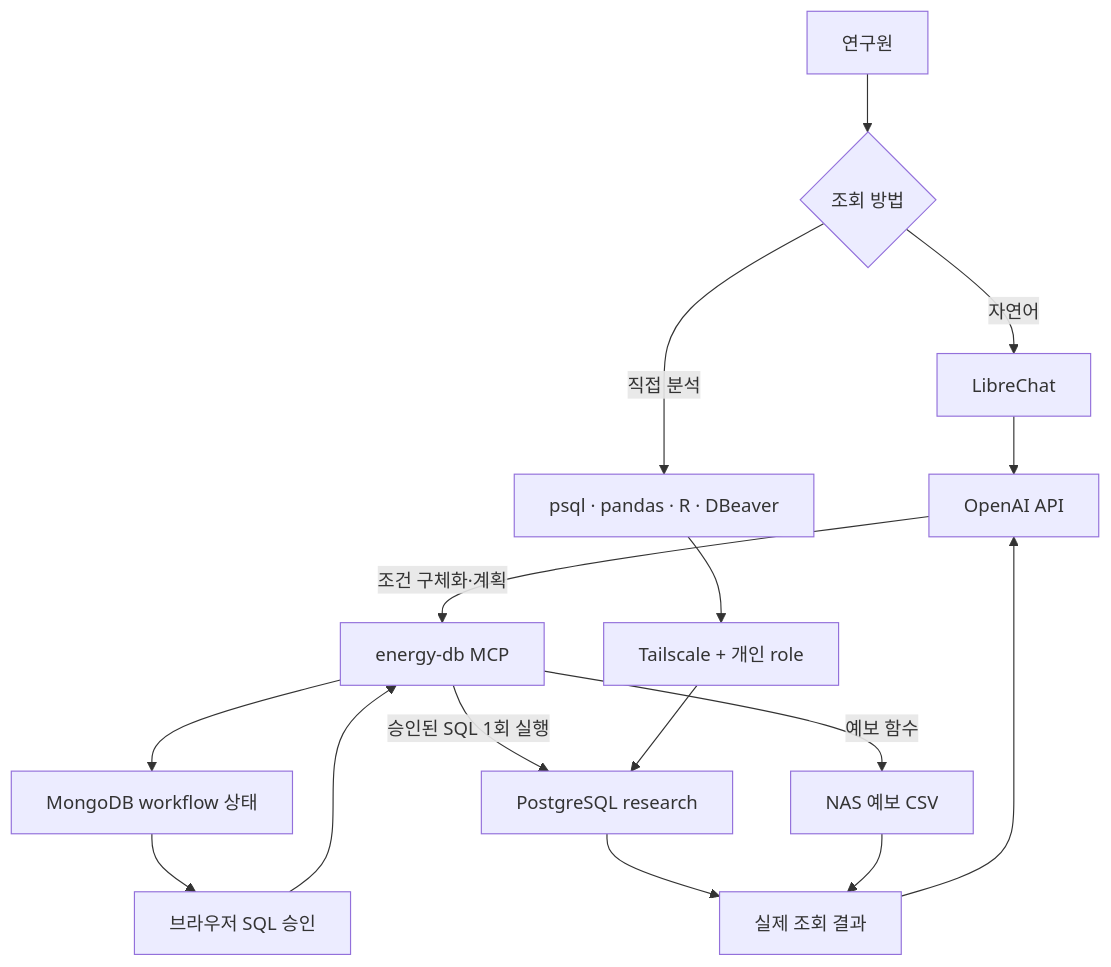
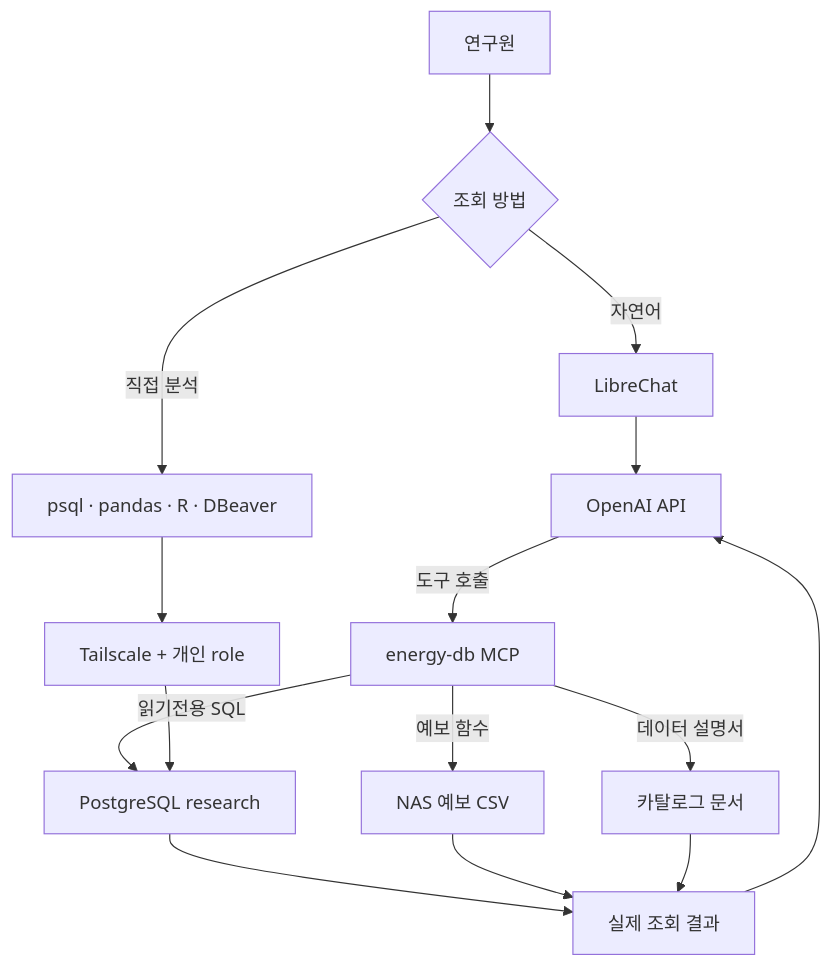
One commit to zongseung/Energy-Data-pipeline changed the diagram in docs/gitbook/data/01-architecture.md. Above: the diagram before and after it, drawn with Mermaid. The commit also changed other lines of this file and 7 other files, not shown here.

````diff
--- a/docs/gitbook/data/01-architecture.md
+++ b/docs/gitbook/data/01-architecture.md
@@ -7,18 +7,17 @@
 ```mermaid
 flowchart TB
     U[연구원] --> C{조회 방법}
     C -->|자연어| L[LibreChat]
     C -->|직접 분석| D[psql · pandas · R · DBeaver]
     L --> O[OpenAI API]
-    O -->|조건 구체화·계획| M[energy-db MCP]
-    M --> W[MongoDB workflow 상태]
-    W --> A[브라우저 SQL 승인]
-    A --> M
-    M -->|승인된 SQL 1회 실행| P[PostgreSQL research]
+    O -->|도구 호출| M[energy-db MCP]
+    M -->|읽기전용 SQL| P[PostgreSQL research]
     M -->|예보 함수| N[NAS 예보 CSV]
+    M -->|데이터 설명서| G[카탈로그 문서]
     P --> R[실제 조회 결과]
     N --> R
+    G --> R
     R --> O
     D --> T[Tailscale + 개인 role]
     T --> P
 ```
````
